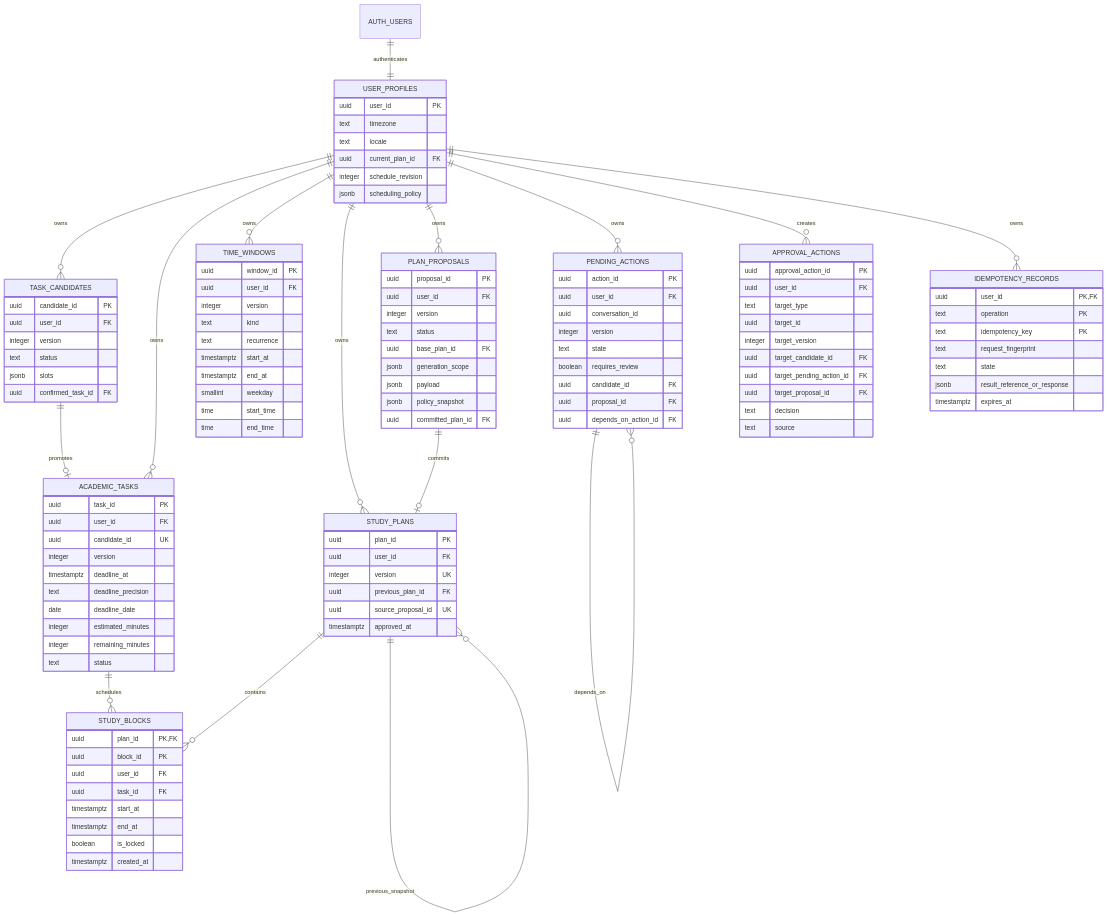
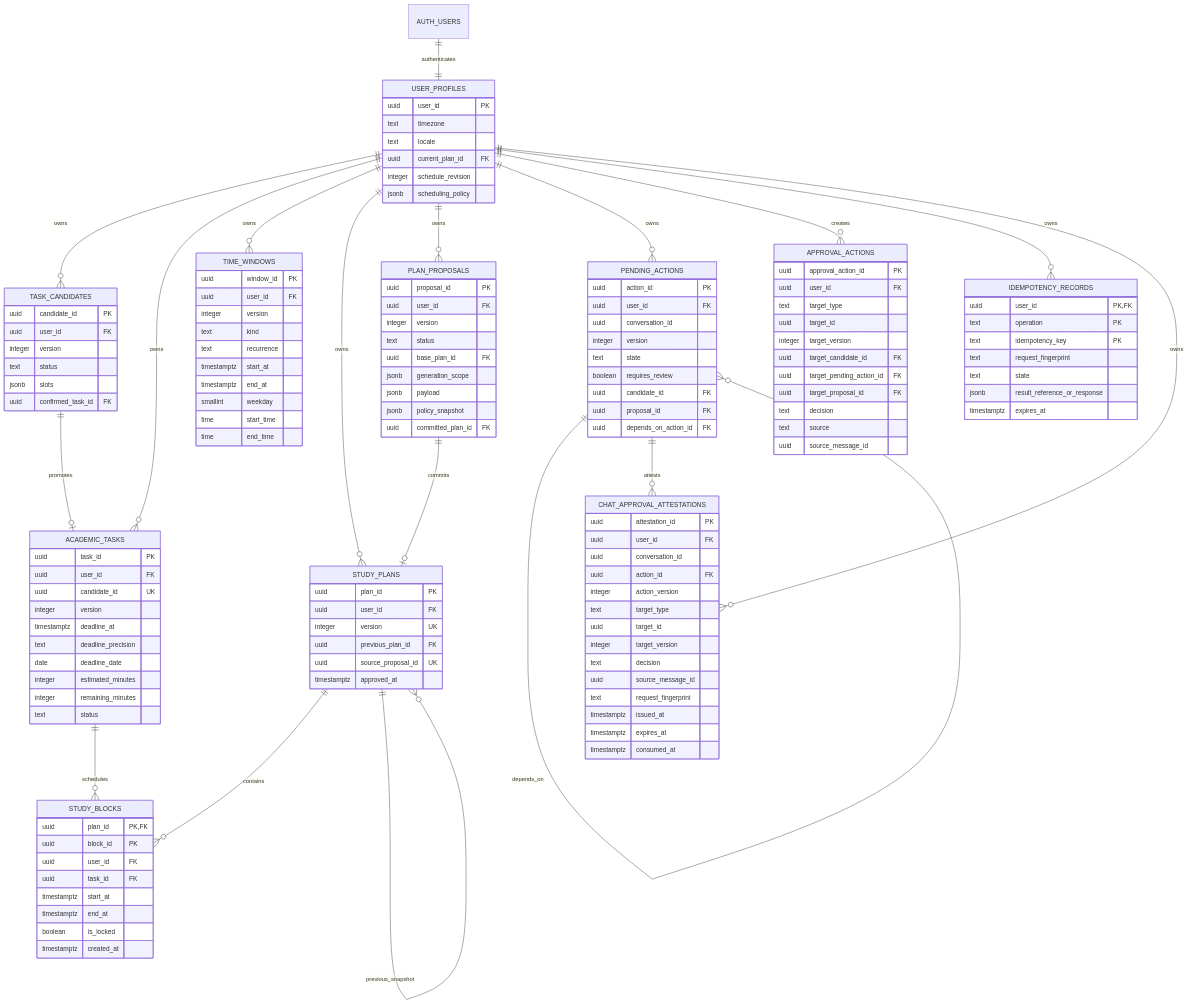
Before and after one commit to chp0703/StudyFlow-AI: the diagram in docs/diagrams/physical_database_erd.mmd, drawn with Mermaid. The commit also changed 6 other files, not shown here.

```diff
--- a/docs/diagrams/physical_database_erd.mmd
+++ b/docs/diagrams/physical_database_erd.mmd
@@ -1,118 +1,137 @@
 erDiagram
     AUTH_USERS ||--|| USER_PROFILES : "authenticates"
     USER_PROFILES ||--o{ TASK_CANDIDATES : owns
     USER_PROFILES ||--o{ ACADEMIC_TASKS : owns
     TASK_CANDIDATES ||--o| ACADEMIC_TASKS : promotes
     USER_PROFILES ||--o{ TIME_WINDOWS : owns
     USER_PROFILES ||--o{ STUDY_PLANS : owns
     STUDY_PLANS ||--o{ STUDY_BLOCKS : contains
     ACADEMIC_TASKS ||--o{ STUDY_BLOCKS : schedules
     STUDY_PLANS ||--o{ STUDY_PLANS : previous_snapshot
     USER_PROFILES ||--o{ PLAN_PROPOSALS : owns
     PLAN_PROPOSALS ||--o| STUDY_PLANS : commits
     USER_PROFILES ||--o{ PENDING_ACTIONS : owns
     PENDING_ACTIONS ||--o{ PENDING_ACTIONS : depends_on
     USER_PROFILES ||--o{ APPROVAL_ACTIONS : creates
     USER_PROFILES ||--o{ IDEMPOTENCY_RECORDS : owns
+    USER_PROFILES ||--o{ CHAT_APPROVAL_ATTESTATIONS : owns
+    PENDING_ACTIONS ||--o{ CHAT_APPROVAL_ATTESTATIONS : attests
 
     USER_PROFILES {
         uuid user_id PK
         text timezone
         text locale
         uuid current_plan_id FK
         integer schedule_revision
         jsonb scheduling_policy
     }
     TASK_CANDIDATES {
         uuid candidate_id PK
         uuid user_id FK
         integer version
         text status
         jsonb slots
         uuid confirmed_task_id FK
     }
     ACADEMIC_TASKS {
         uuid task_id PK
         uuid user_id FK
         uuid candidate_id UK
         integer version
         timestamptz deadline_at
         text deadline_precision
         date deadline_date
         integer estimated_minutes
         integer remaining_minutes
         text status
     }
     TIME_WINDOWS {
         uuid window_id PK
         uuid user_id FK
         integer version
         text kind
         text recurrence
         timestamptz start_at
         timestamptz end_at
         smallint weekday
         time start_time
         time end_time
     }
     STUDY_PLANS {
         uuid plan_id PK
         uuid user_id FK
         integer version UK
         uuid previous_plan_id FK
         uuid source_proposal_id UK
         timestamptz approved_at
     }
     STUDY_BLOCKS {
         uuid plan_id PK, FK
         uuid block_id PK
         uuid user_id FK
         uuid task_id FK
         timestamptz start_at
         timestamptz end_at
         boolean is_locked
         timestamptz created_at
     }
     PLAN_PROPOSALS {
         uuid proposal_id PK
         uuid user_id FK
         integer version
         text status
         uuid base_plan_id FK
         jsonb generation_scope
         jsonb payload
         jsonb policy_snapshot
         uuid committed_plan_id FK
     }
     PENDING_ACTIONS {
         uuid action_id PK
         uuid user_id FK
         uuid conversation_id
         integer version
         text state
         boolean requires_review
         uuid candidate_id FK
         uuid proposal_id FK
         uuid depends_on_action_id FK
     }
     APPROVAL_ACTIONS {
         uuid approval_action_id PK
         uuid user_id FK
         text target_type
         uuid target_id
         integer target_version
         uuid target_candidate_id FK
         uuid target_pending_action_id FK
         uuid target_proposal_id FK
         text decision
         text source
+        uuid source_message_id
     }
     IDEMPOTENCY_RECORDS {
         uuid user_id PK, FK
         text operation PK
         text idempotency_key PK
         text request_fingerprint
         text state
         jsonb result_reference_or_response
         timestamptz expires_at
     }
+    CHAT_APPROVAL_ATTESTATIONS {
+        uuid attestation_id PK
+        uuid user_id FK
+        uuid conversation_id
+        uuid action_id FK
+        integer action_version
+        text target_type
+        uuid target_id
+        integer target_version
+        text decision
+        uuid source_message_id
+        text request_fingerprint
+        timestamptz issued_at
+        timestamptz expires_at
+        timestamptz consumed_at
+    }
```
